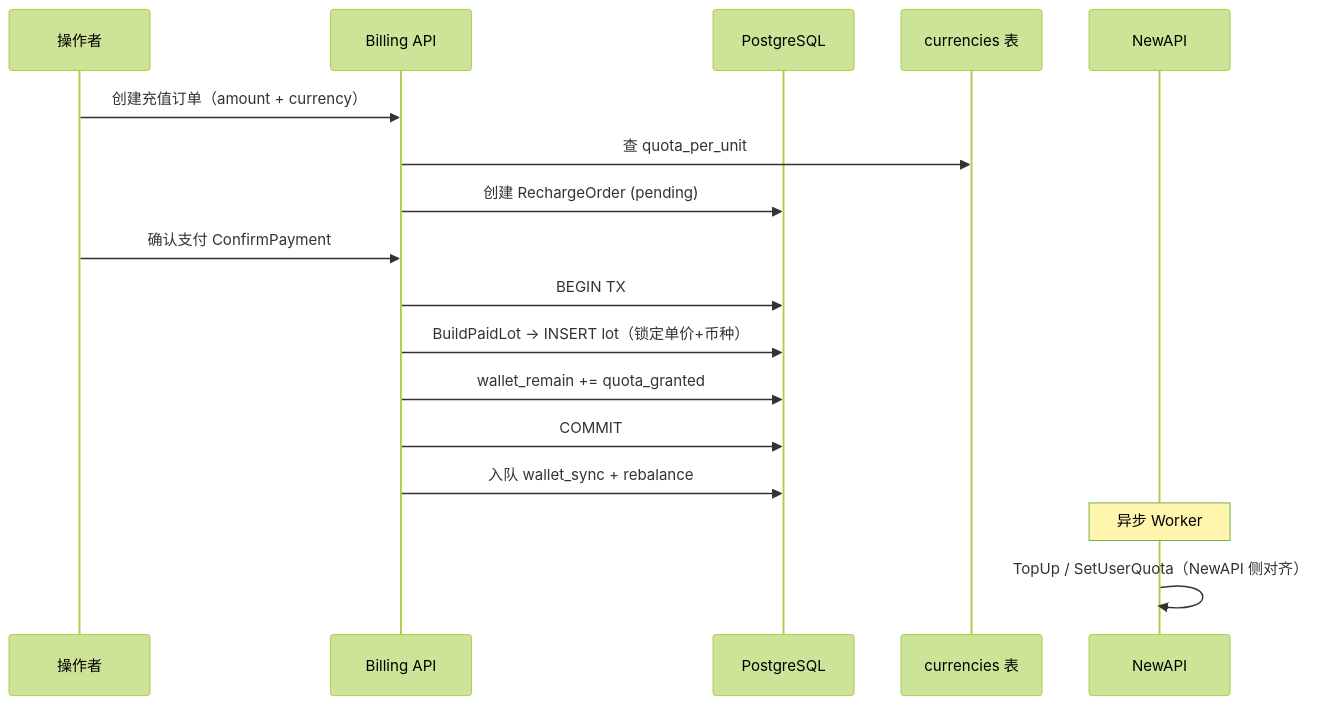
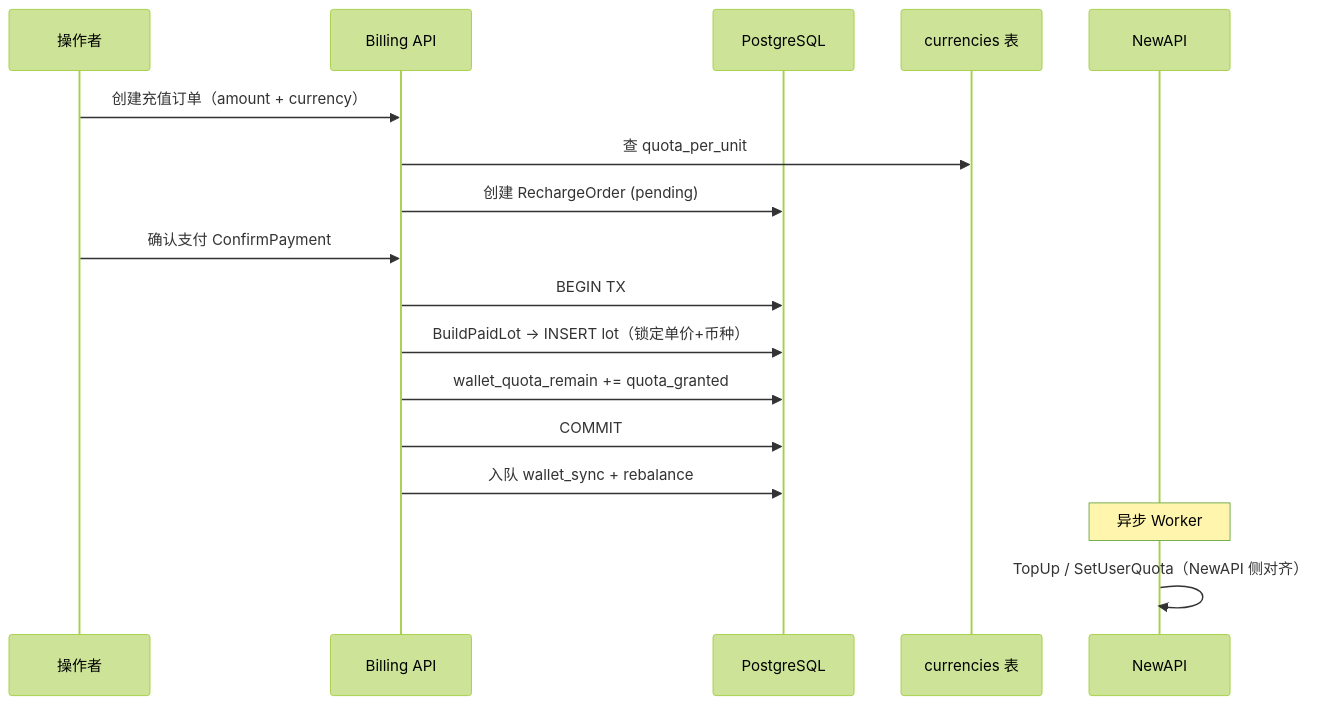
Before and after one commit to quyip8818/mytokenjoy: the third of 15 diagrams in docs/reviews/架构分析-Token计费与钱包体系.md, drawn with Mermaid (forest theme). The commit also changed other lines of this file and 43 other files, not shown here.

Commit message:
rename wallet_remain → wallet_quota_remain

````diff
--- a/docs/reviews/架构分析-Token计费与钱包体系.md
+++ b/docs/reviews/架构分析-Token计费与钱包体系.md
@@ -142,20 +142,20 @@
 ```mermaid
 sequenceDiagram
   participant User as 操作者
   participant API as Billing API
   participant DB as PostgreSQL
   participant CUR as currencies 表
   participant NA as NewAPI
 
   User->>API: 创建充值订单（amount + currency）
   API->>CUR: 查 quota_per_unit
   API->>DB: 创建 RechargeOrder (pending)
   User->>API: 确认支付 ConfirmPayment
   API->>DB: BEGIN TX
   API->>DB: BuildPaidLot → INSERT lot（锁定单价+币种）
-  API->>DB: wallet_remain += quota_granted
+  API->>DB: wallet_quota_remain += quota_granted
   API->>DB: COMMIT
   API->>DB: 入队 wallet_sync + rebalance
   Note over NA: 异步 Worker
   NA->>NA: TopUp / SetUserQuota（NewAPI 侧对齐）
 ```
````
